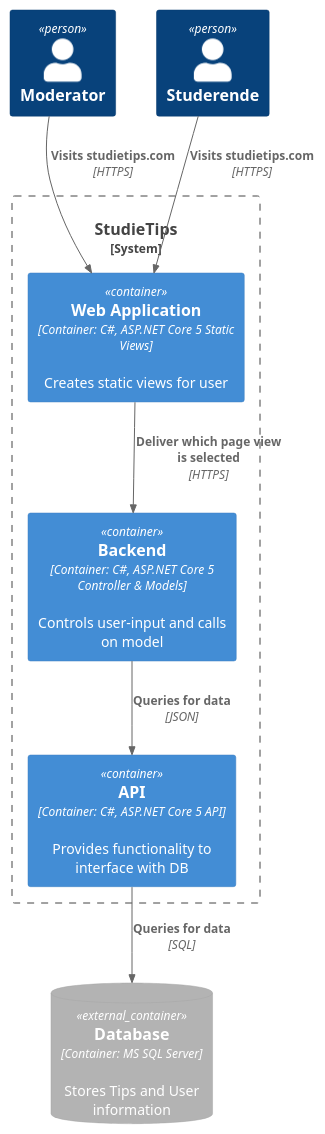
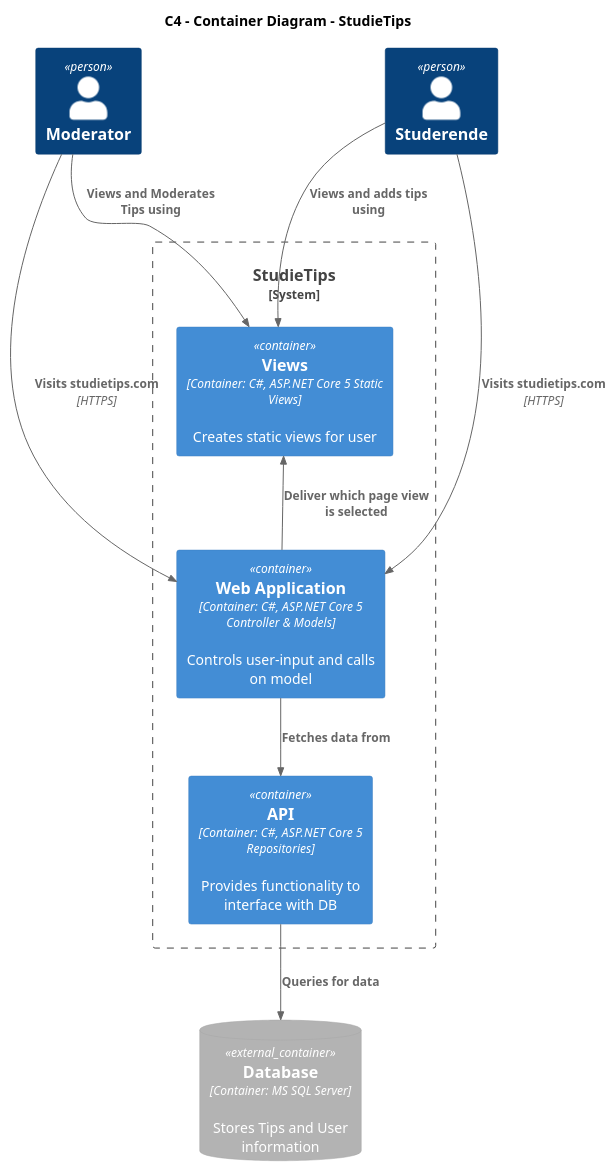
The diagram in testl2.puml (I4PRJ4/I4PRJ4-plantuml), drawn with PlantUML before and after one commit. The commit also changed 3 other files, not shown here.

Commit message:
Updated Architecture

```diff
--- a/testl2.puml
+++ b/testl2.puml
@@ -1,32 +1,40 @@
 @startuml Container Diagram
 !include <C4/C4_Container>
 
-'skinparam linetype ortho
+'skinparam linetype polyline
 
 'left to right direction
+title C4 - Container Diagram - StudieTips
 
+
+Person(Moderator, "Moderator")
 Person(User, "Studerende")
-Person(Moderator, "Moderator")
 
 System_Boundary(c1, "StudieTips") {
-    Container(web_app, "Web Application", "Container: C#, ASP.NET Core 5 Static Views", "Creates static views for user")
-    Container(Backend, "Backend", "Container: C#, ASP.NET Core 5 Controller & Models", "Controls user-input and calls on model")
-    Container(API, "API", "Container: C#, ASP.NET Core 5 API", "Provides functionality to interface with DB")
+    Container(Views, "Views", "Container: C#, ASP.NET Core 5 Static Views", "Creates static views for user")
+    Container(WebApplication, "Web Application", "Container: C#, ASP.NET Core 5 Controller & Models", "Controls user-input and calls on model")
+    Container(API, "API", "Container: C#, ASP.NET Core 5 Repositories", "Provides functionality to interface with DB")
 }
 ContainerDb_Ext(Database, "Database","Container: MS SQL Server","Stores Tips and User information")
 
-User -[Hidden]left- Moderator
-'web_app -[hidden]left- Backend
+Lay_D(User,c1)
+Lay_D(Moderator,c1)
+Lay_R(Views,WebApplication)
+'Lay_D(Moderator,WebApplication)
 
-Rel_D(User,web_app, "Visits studietips.com", "HTTPS")
-Rel_U(Moderator, web_app, "Visits studietips.com", "HTTPS")
+Rel(User,Views, "Views and adds tips using")
+Rel(Moderator, Views, "Views and Moderates Tips using")
 
-Rel_D(web_app,Backend, "Deliver which page view is selected", "HTTPS")
 
-Rel_D(Backend,API, "Queries for data", "JSON")
+Rel(User,WebApplication, "Visits studietips.com", "HTTPS")
+Rel(Moderator, WebApplication, "Visits studietips.com", "HTTPS")
 
-Rel_D(API,Database, "Queries for data", "SQL")
+Rel(WebApplication,Views, "Deliver which page view is selected")
+
+Rel(WebApplication,API, "Fetches data from")
+
+Rel(API,Database, "Queries for data")
 
 
 
 @enduml
```
